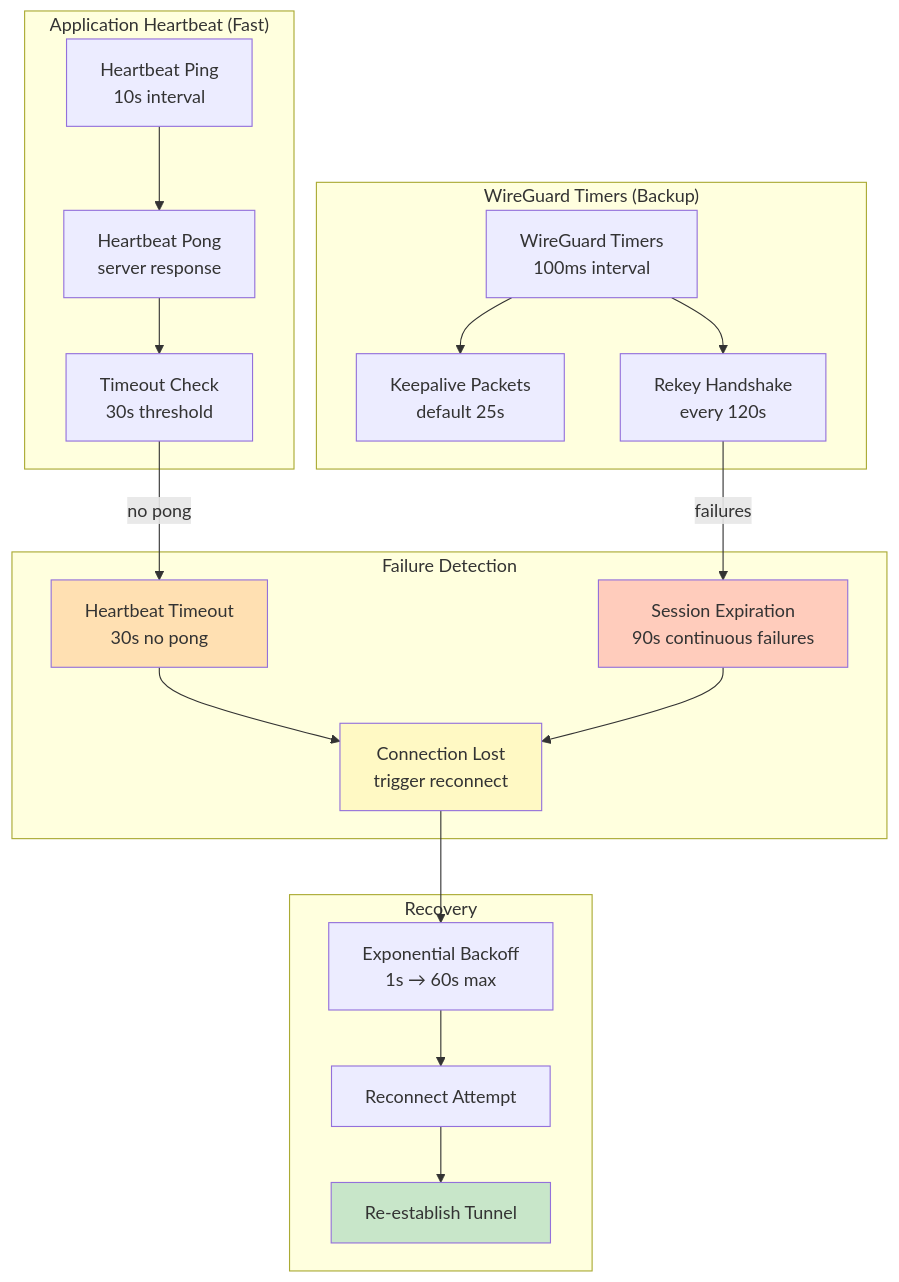
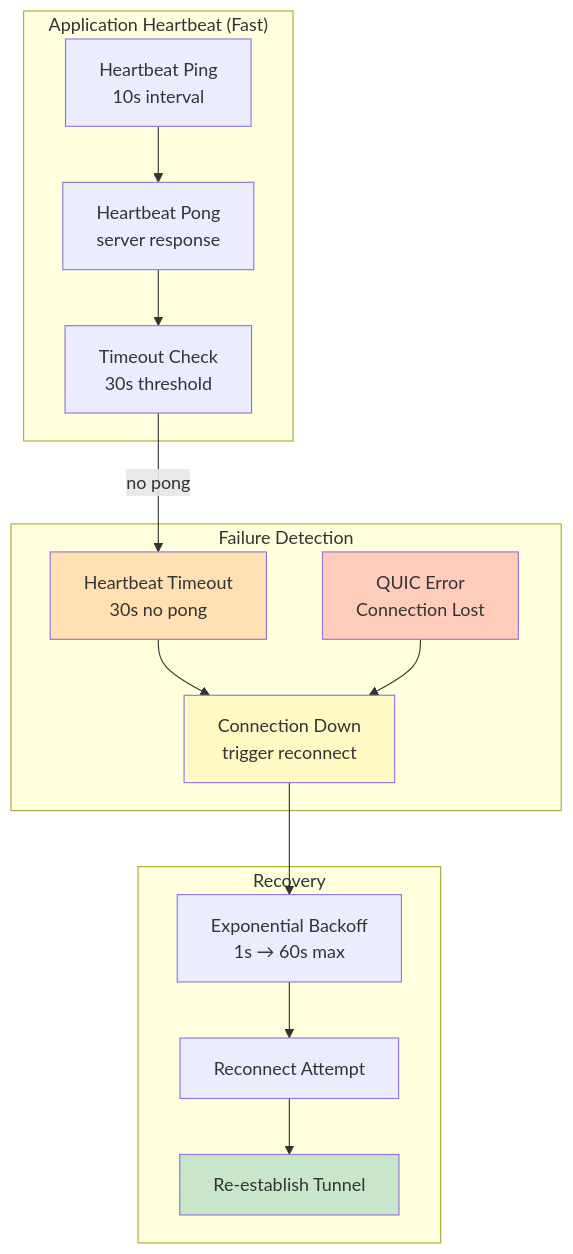
Diagram 15 of 42 in docs/ARCHITECTURE.md (andrewtheguy/vpn-rs), drawn with Mermaid before and after one commit. The commit also changed other lines of this file, not shown here.

Commit message:
fix: update VPN mode documentation to reflect direct IP-over-QUIC encryption and remove WireGuard references

````diff
--- a/docs/ARCHITECTURE.md
+++ b/docs/ARCHITECTURE.md
@@ -692,44 +648,34 @@
 ```mermaid
 graph TB
     subgraph "Application Heartbeat (Fast)"
         H1[Heartbeat Ping<br/>10s interval]
         H2[Heartbeat Pong<br/>server response]
         H3[Timeout Check<br/>30s threshold]
     end
 
-    subgraph "WireGuard Timers (Backup)"
-        A[WireGuard Timers<br/>100ms interval]
-        B[Keepalive Packets<br/>default 25s]
-        C[Rekey Handshake<br/>every 120s]
-    end
-
     subgraph "Failure Detection"
         D[Heartbeat Timeout<br/>30s no pong]
-        E[Session Expiration<br/>90s continuous failures]
-        F[Connection Lost<br/>trigger reconnect]
+        E[QUIC Error<br/>Connection Lost]
+        F[Connection Down<br/>trigger reconnect]
     end
 
     subgraph "Recovery"
         G[Exponential Backoff<br/>1s → 60s max]
         HH[Reconnect Attempt]
         I[Re-establish Tunnel]
     end
 
     H1 --> H2
     H2 --> H3
     H3 -->|no pong| D
     D --> F
-
-    A --> B
-    A --> C
-    C -->|failures| E
     E --> F
     F --> G
     G --> HH
     HH --> I
 
     style D fill:#FFE0B2
     style E fill:#FFCCBC
     style F fill:#FFF9C4
     style I fill:#C8E6C9
 ```
````
